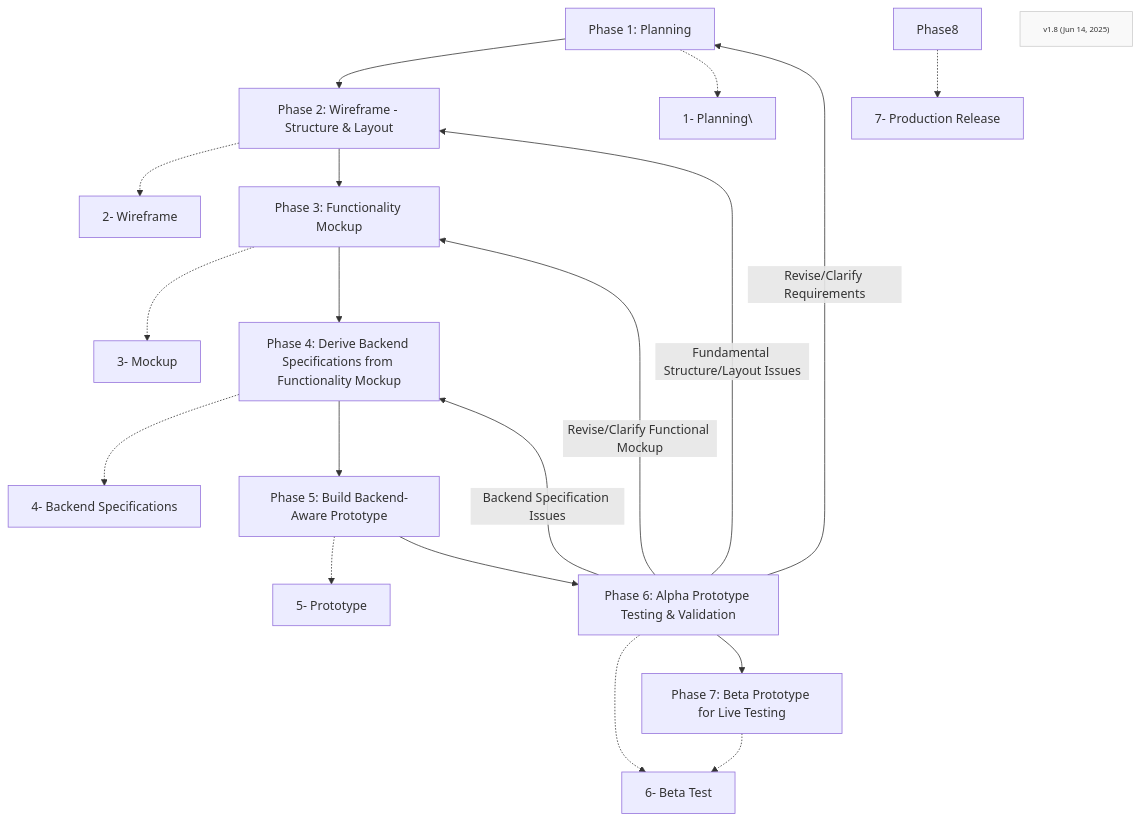
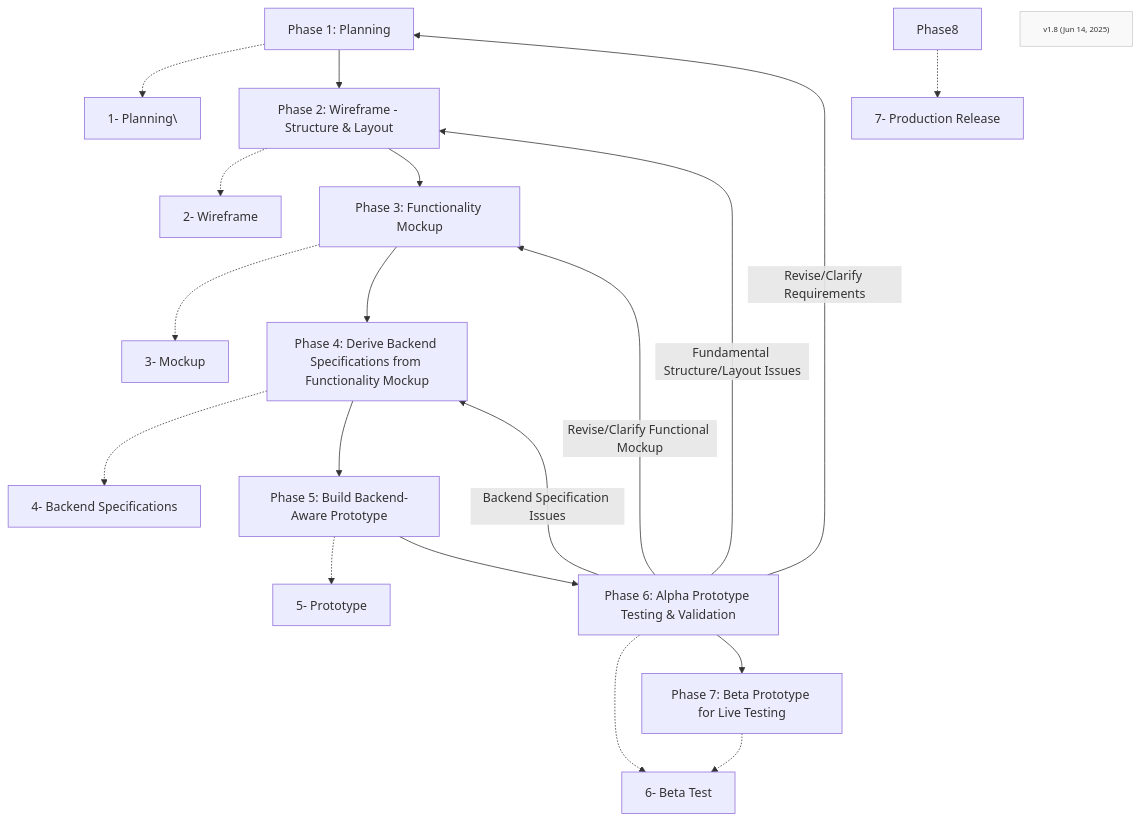
Before and after one commit to Mharbulous/Front-First-Method: the first of 2 diagrams in Phases/FF-overview.md, drawn with Mermaid.

````diff
--- a/Phases/FF-overview.md
+++ b/Phases/FF-overview.md
@@ -1,34 +1,35 @@
 ```mermaid
 graph TD
-    Phase1["Phase 1: Planning"] --> Phase2["Phase 2: Wireframe - Structure & Layout"]
-    Phase1 -.-> PRD["1- Planning\"]
+    
+    Phase1["Phase 1: Planning"] -.-> PRD["1- Planning\"]
+    Phase1 --> Phase2["Phase 2: Wireframe - Structure & Layout"]
     Phase2 -.-> Wireframe["2- Wireframe"]
     Phase2 --> Phase3["Phase 3: Functionality Mockup"]
     Phase3 -.-> Mockup["3- Mockup"]
     Phase3 --> Phase4["Phase 4: Derive Backend Specifications from Functionality Mockup"]
     Phase4 -.-> Specs["4- Backend Specifications"]
     Phase4 --> Phase5["Phase 5: Build Backend-Aware Prototype"]
     Phase5 -.-> Prototype["5- Prototype"]
     Phase5 --> Phase6["Phase 6: Alpha Prototype Testing & Validation"]
     Phase6 -.-> Alpha["5- Alpha Test"]
     Phase6 --> Phase7["Phase 7: Beta Prototype for Live Testing"]    
     Phase6 -->|Revise/Clarify Requirements| Phase1
     Phase6 -->|Fundamental Structure/Layout Issues| Phase2
     Phase6 -->|Revise/Clarify Functional Mockup| Phase3
     Phase6 -->|Backend Specification Issues| Phase4    
     Phase7 -.-> Alpha["6- Beta Test"]
     
         
     
 
     
 
         
         Phase8 -.-> Production["7- Production Release"]
 
        
 
     VersionInfo["v1.8 (Jun 14, 2025)"]
     classDef version fill:#f9f9f9,stroke:#ccc,font-size:10px;
     class VersionInfo version
 ```
````
